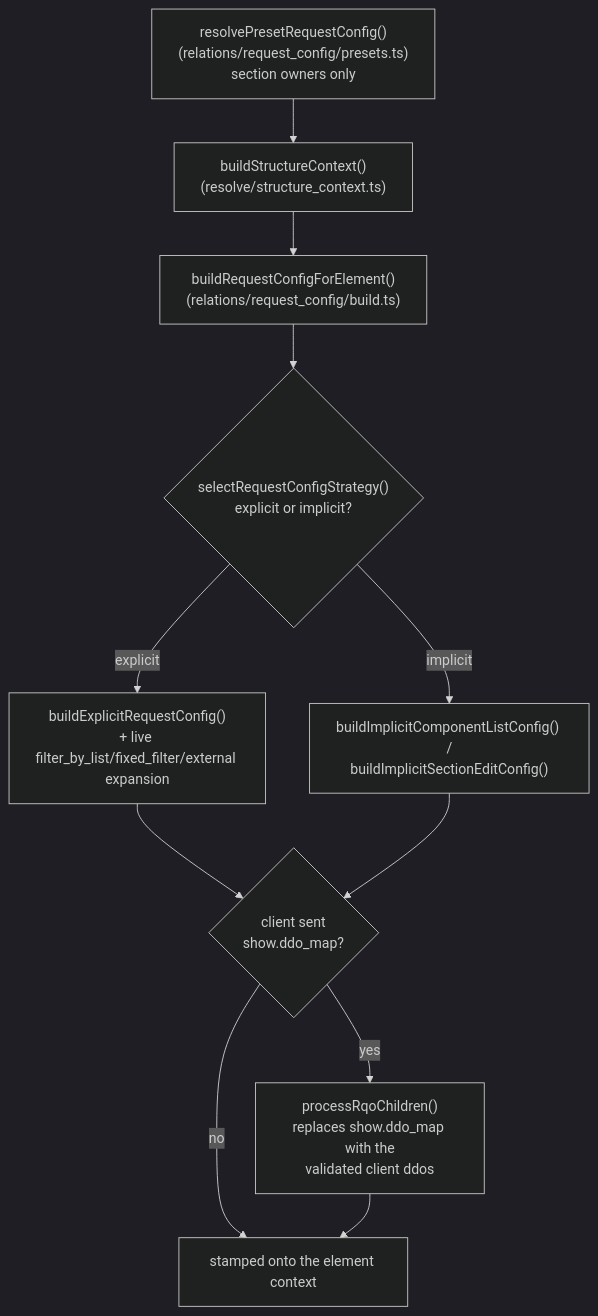
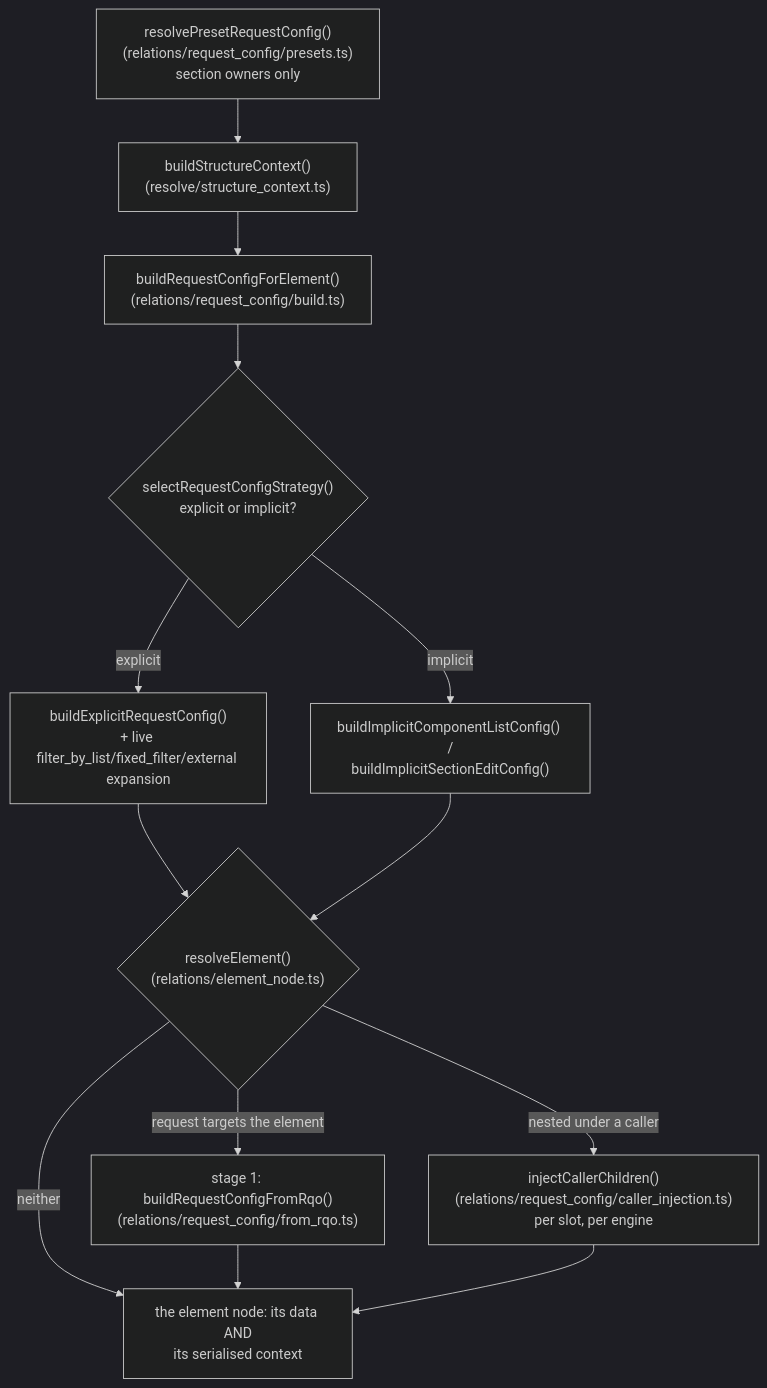
Before and after one commit to dedalia-org/dedalo: the diagram in docs/core/request_config.md, drawn with Mermaid (dark theme). The commit also changed other lines of this file and 142 other files, not shown here.

````diff
--- a/docs/core/request_config.md
+++ b/docs/core/request_config.md
@@ -110,13 +112,15 @@
 ```mermaid
 flowchart TD
     P["resolvePresetRequestConfig()<br/>(relations/request_config/presets.ts)<br/>section owners only"] --> A
     A["buildStructureContext()<br/>(resolve/structure_context.ts)"] --> B["buildRequestConfigForElement()<br/>(relations/request_config/build.ts)"]
     B --> C{"selectRequestConfigStrategy()<br/>explicit or implicit?"}
     C -->|explicit| D["buildExplicitRequestConfig()<br/>+ live filter_by_list/fixed_filter/external expansion"]
     C -->|implicit| E["buildImplicitComponentListConfig() /<br/>buildImplicitSectionEditConfig()"]
-    D --> F{client sent<br/>show.ddo_map?}
+    D --> F{"resolveElement()<br/>(relations/element_node.ts)"}
     E --> F
-    F -->|yes| G["processRqoChildren()<br/>replaces show.ddo_map with the<br/>validated client ddos"]
-    F -->|no| H[stamped onto the element context]
-    G --> H
+    F -->|request targets the element| G["stage 1: buildRequestConfigFromRqo()<br/>(relations/request_config/from_rqo.ts)"]
+    F -->|nested under a caller| I["injectCallerChildren()<br/>(relations/request_config/caller_injection.ts)<br/>per slot, per engine"]
+    F -->|neither| H
+    G --> H["the element node: its data AND<br/>its serialised context"]
+    I --> H
 ```
````
